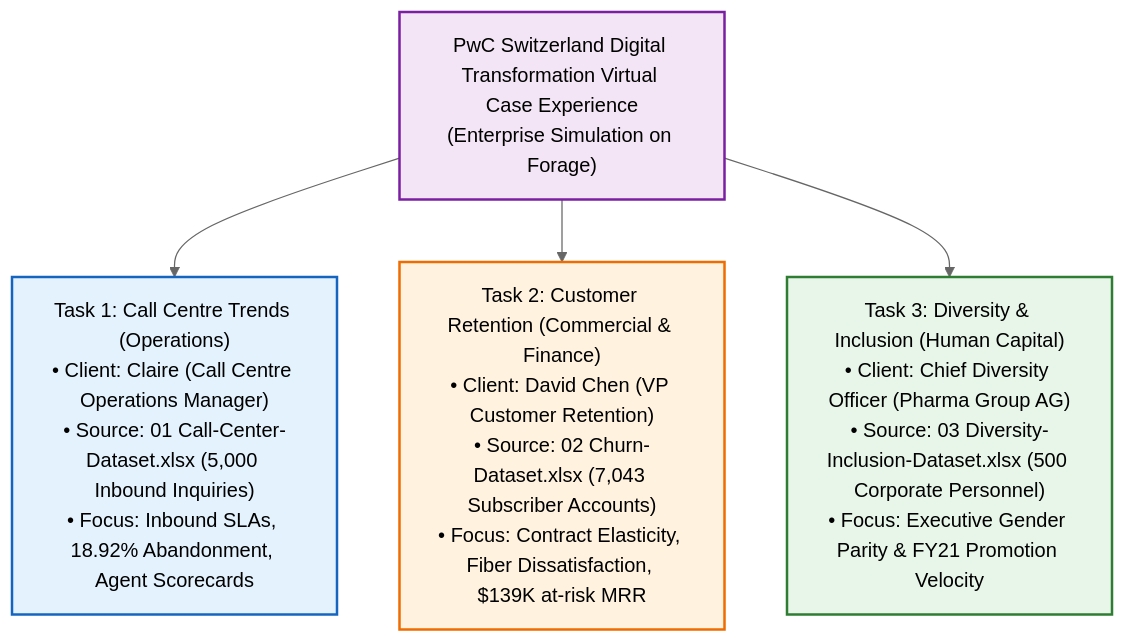
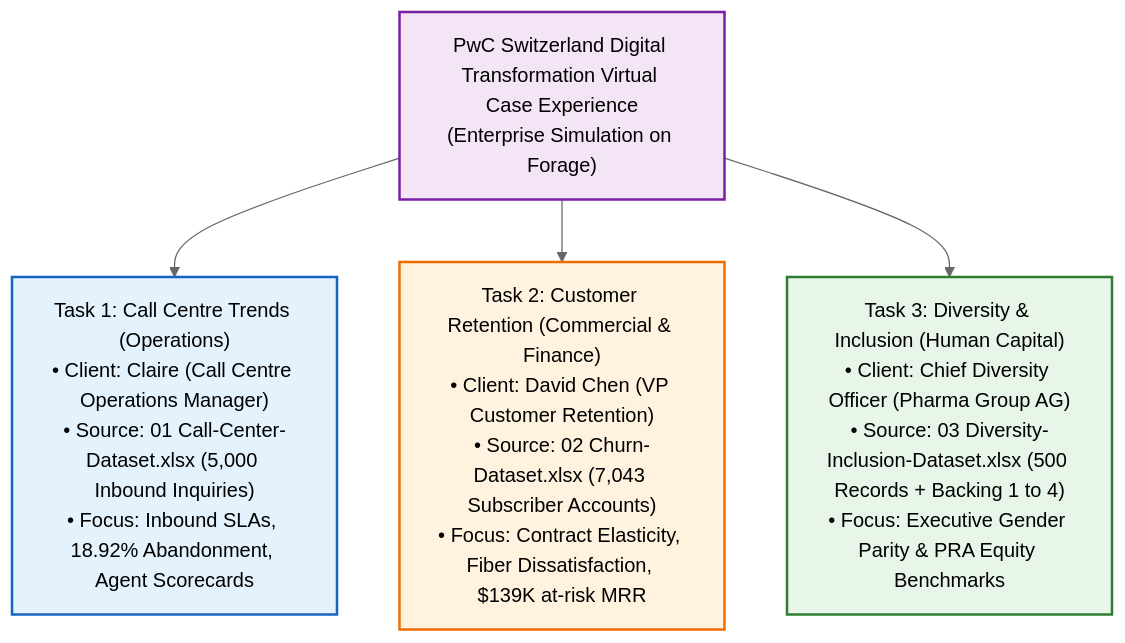
Before and after one commit to Sohila-Khaled-Abbas/COURSE-EXCEL-ZERO-TO-HERO: the first of 3 diagrams in 06_Projects/Call Center Performance Analysis/Master Project Guidance Manual.md, drawn with Mermaid (neutral theme). The commit also changed other lines of this file and 5 other files, not shown here.

````diff
--- a/06_Projects/Call Center Performance Analysis/Master Project Guidance Manual.md
+++ b/06_Projects/Call Center Performance Analysis/Master Project Guidance Manual.md
@@ -72,17 +74,17 @@
 ```mermaid
 flowchart TD
     PWC["PwC Switzerland Digital Transformation Virtual Case Experience\n(Enterprise Simulation on Forage)"]
     
     T1["Task 1: Call Centre Trends (Operations)\n• Client: Claire (Call Centre Operations Manager)\n• Source: 01 Call-Center-Dataset.xlsx (5,000 Inbound Inquiries)\n• Focus: Inbound SLAs, 18.92% Abandonment, Agent Scorecards"]
     T2["Task 2: Customer Retention (Commercial & Finance)\n• Client: David Chen (VP Customer Retention)\n• Source: 02 Churn-Dataset.xlsx (7,043 Subscriber Accounts)\n• Focus: Contract Elasticity, Fiber Dissatisfaction, $139K at-risk MRR"]
-    T3["Task 3: Diversity & Inclusion (Human Capital)\n• Client: Chief Diversity Officer (Pharma Group AG)\n• Source: 03 Diversity-Inclusion-Dataset.xlsx (500 Corporate Personnel)\n• Focus: Executive Gender Parity & FY21 Promotion Velocity"]
+    T3["Task 3: Diversity & Inclusion (Human Capital)\n• Client: Chief Diversity Officer (Pharma Group AG)\n• Source: 03 Diversity-Inclusion-Dataset.xlsx (500 Records + Backing 1 to 4)\n• Focus: Executive Gender Parity & PRA Equity Benchmarks"]
     
     PWC --> T1
     PWC --> T2
     PWC --> T3
     
     style PWC fill:#f3e5f5,stroke:#7b1fa2,stroke-width:2px
     style T1 fill:#e3f2fd,stroke:#1565c0,stroke-width:2px
     style T2 fill:#fff3e0,stroke:#ef6c00,stroke-width:2px
     style T3 fill:#e8f5e9,stroke:#2e7d32,stroke-width:2px
 ```
````
